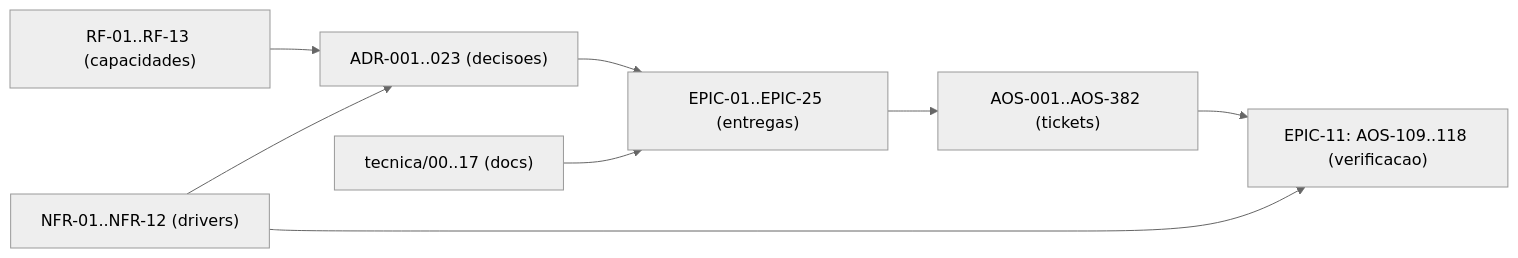
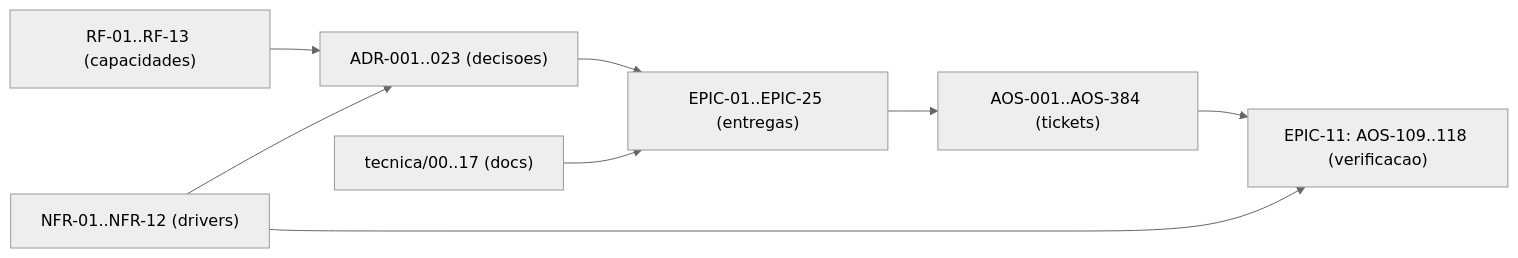
One commit to albinoJimy/aos changed the diagram in tecnica/16_Rastreabilidade_RTM.md. Above: the diagram before and after it, drawn with Mermaid (neutral theme). The commit also changed other lines of this file and 2 other files, not shown here.

````diff
--- a/tecnica/16_Rastreabilidade_RTM.md
+++ b/tecnica/16_Rastreabilidade_RTM.md
@@ -180,10 +180,10 @@
 ```mermaid
 flowchart LR
     RF["RF-01..RF-13 (capacidades)"] --> ADR["ADR-001..023 (decisoes)"]
     NFR["NFR-01..NFR-12 (drivers)"] --> ADR
     ADR --> EPIC["EPIC-01..EPIC-25 (entregas)"]
-    EPIC --> TICK["AOS-001..AOS-382 (tickets)"]
+    EPIC --> TICK["AOS-001..AOS-384 (tickets)"]
     DOC["tecnica/00..17 (docs)"] --> EPIC
     TICK --> TEST["EPIC-11: AOS-109..118 (verificacao)"]
     NFR --> TEST
 ```
````
